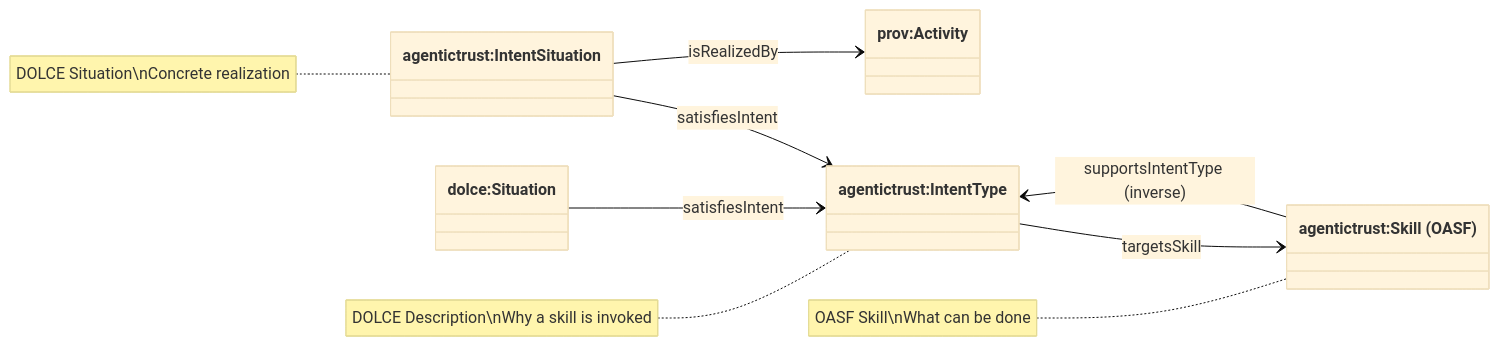
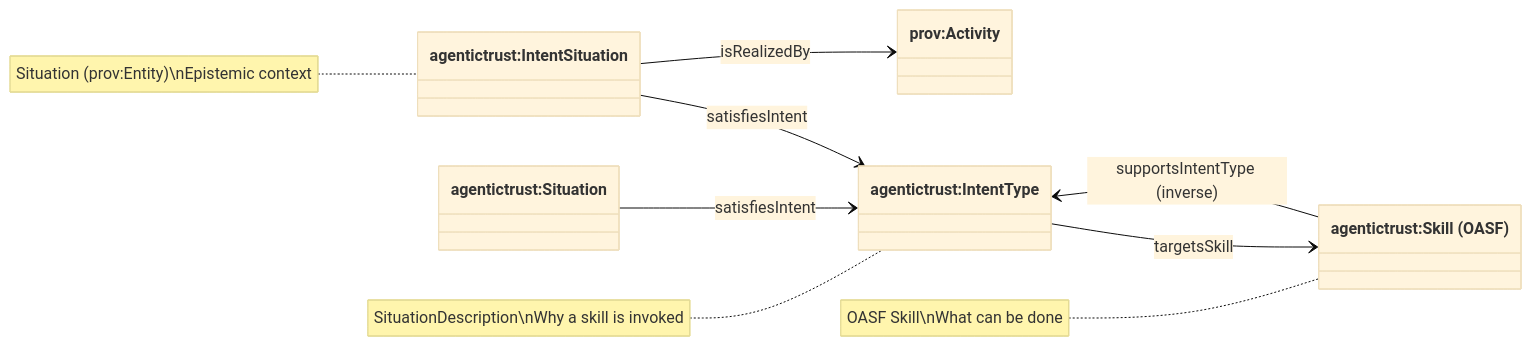
The diagram in docs/ontology/intent.md (Agentic-Trust-Layer/agent-explorer), drawn with Mermaid (base theme) before and after one commit. The commit also changed other lines of this file and 18 other files, not shown here.

````diff
--- a/docs/ontology/intent.md
+++ b/docs/ontology/intent.md
@@ -135,20 +133,20 @@
 ```mermaid
 classDiagram
 direction LR
 
 class IntentType["agentictrust:IntentType"]
 class Skill["agentictrust:Skill (OASF)"]
 class IntentSituation["agentictrust:IntentSituation"]
 class Activity["prov:Activity"]
-class Situation["dolce:Situation"]
+class Situation["agentictrust:Situation"]
 
 IntentType --> Skill : targetsSkill
 Skill --> IntentType : supportsIntentType (inverse)
 IntentSituation --> IntentType : satisfiesIntent
 IntentSituation --> Activity : isRealizedBy
 Situation --> IntentType : satisfiesIntent
 
-note for IntentType "DOLCE Description\nWhy a skill is invoked"
-note for IntentSituation "DOLCE Situation\nConcrete realization"
+note for IntentType "SituationDescription\nWhy a skill is invoked"
+note for IntentSituation "Situation (prov:Entity)\nEpistemic context"
 note for Skill "OASF Skill\nWhat can be done"
 ```
````
